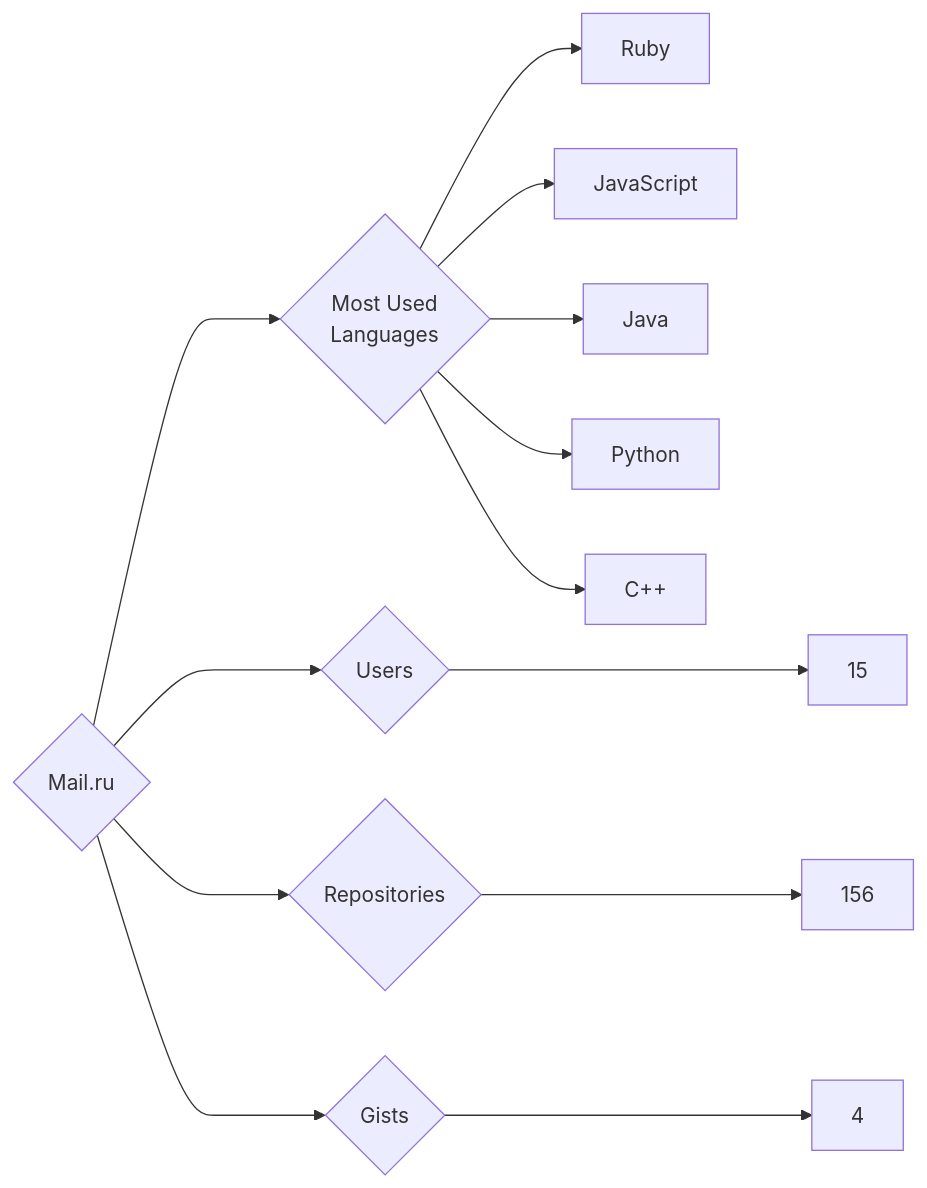
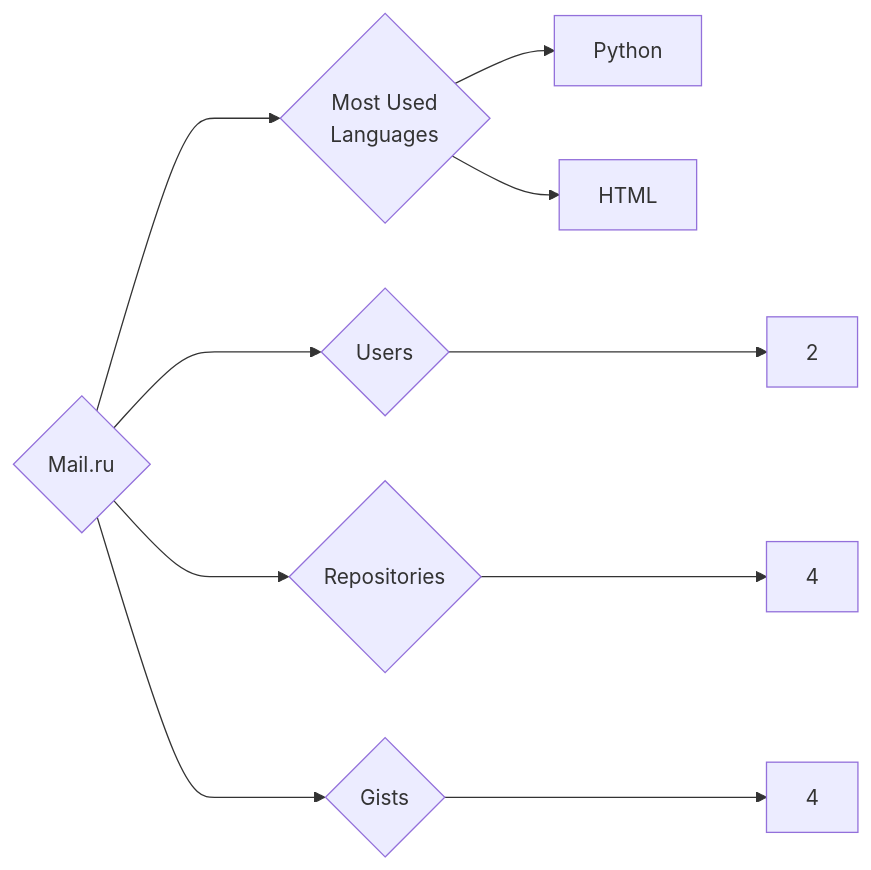
The diagram in targets/Mail.ru/README.md (trickest/insiders), drawn with Mermaid before and after one commit. The commit also changed 899 other files, not shown here.

````diff
--- a/targets/Mail.ru/README.md
+++ b/targets/Mail.ru/README.md
@@ -3,13 +3,10 @@
 ```mermaid
 graph LR
 COMPANY_NAME{Mail.ru}
-COMPANY_NAME ---> U{Users} ---> UN[15]
-COMPANY_NAME ---> R{Repositories} ---> RN[156]
+COMPANY_NAME ---> U{Users} ---> UN[2]
+COMPANY_NAME ---> R{Repositories} ---> RN[4]
 COMPANY_NAME ---> G{Gists} ---> GN[4]
 COMPANY_NAME ---> ML{Most Used<br>Languages}
-ML --> Ruby[Ruby]
-ML --> JavaScript[JavaScript]
-ML --> Java[Java]
 ML --> Python[Python]
-ML --> C++[C++]
+ML --> HTML[HTML]
 ```
````
